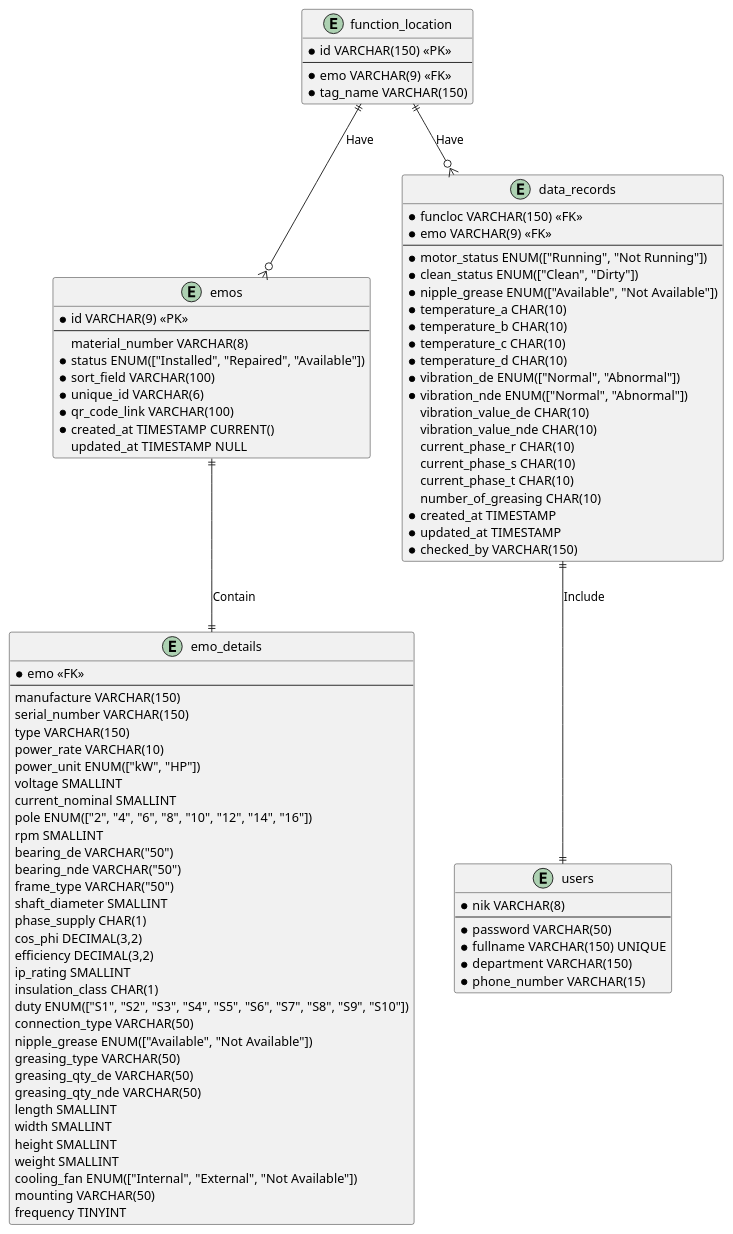
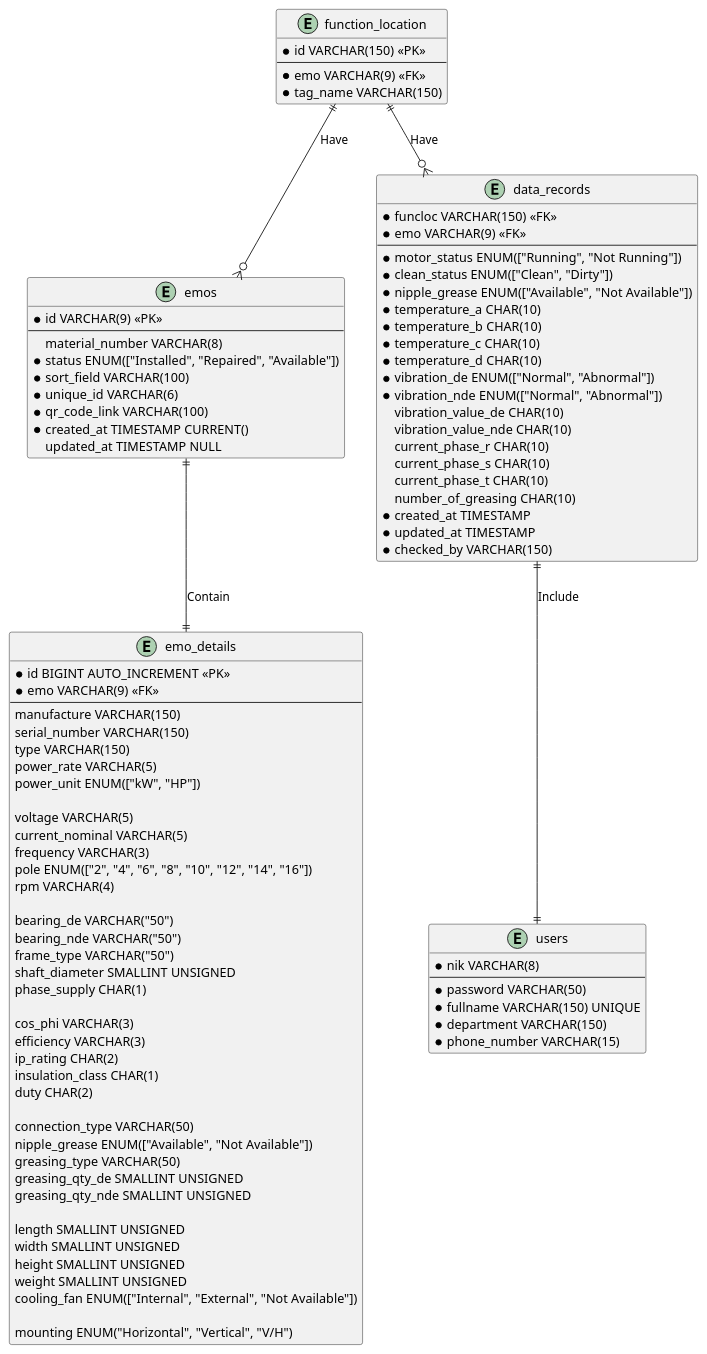
The diagram in database/fajar_e_maintenance.puml (doniduaasattuu/fajar-e-maintenance), drawn with PlantUML before and after one commit. The commit also changed 9 other files, not shown here.

```diff
--- a/database/fajar_e_maintenance.puml
+++ b/database/fajar_e_maintenance.puml
@@ -1,99 +1,106 @@
 @startuml fajar_e_maintenance
 
 entity function_location
 {
     * id VARCHAR(150) <<PK>>
     --
     * emo VARCHAR(9) <<FK>>
     * tag_name VARCHAR(150)
 }
 
 entity emos
 {
     * id VARCHAR(9) <<PK>>
     --
       material_number VARCHAR(8)
     * status ENUM(["Installed", "Repaired", "Available"])
     * sort_field VARCHAR(100)
     * unique_id VARCHAR(6)
     * qr_code_link VARCHAR(100) 
     * created_at TIMESTAMP CURRENT()
       updated_at TIMESTAMP NULL
 }
 
 entity emo_details {
-    * emo <<FK>>
+    * id BIGINT AUTO_INCREMENT <<PK>>
+    * emo VARCHAR(9) <<FK>>
     --
     manufacture VARCHAR(150)
     serial_number VARCHAR(150)
     type VARCHAR(150)
-    power_rate VARCHAR(10)
+    power_rate VARCHAR(5)
     power_unit ENUM(["kW", "HP"])
-    voltage SMALLINT
-    current_nominal SMALLINT
+
+    voltage VARCHAR(5)
+    current_nominal VARCHAR(5)
+    frequency VARCHAR(3)
     pole ENUM(["2", "4", "6", "8", "10", "12", "14", "16"])
-    rpm SMALLINT
+    rpm VARCHAR(4)
+
     bearing_de VARCHAR("50")
     bearing_nde VARCHAR("50")
     frame_type VARCHAR("50")
-    shaft_diameter SMALLINT
+    shaft_diameter SMALLINT UNSIGNED
     phase_supply CHAR(1)
-    cos_phi DECIMAL(3,2)
-    efficiency DECIMAL(3,2)
-    ip_rating SMALLINT
+
+    cos_phi VARCHAR(3)
+    efficiency VARCHAR(3)
+    ip_rating CHAR(2)
     insulation_class CHAR(1)
-    duty ENUM(["S1", "S2", "S3", "S4", "S5", "S6", "S7", "S8", "S9", "S10"])
+    duty CHAR(2)
+
     connection_type VARCHAR(50)
     nipple_grease ENUM(["Available", "Not Available"])
     greasing_type VARCHAR(50)
-    greasing_qty_de VARCHAR(50)
-    greasing_qty_nde VARCHAR(50)
-    length SMALLINT
-    width SMALLINT
-    height SMALLINT
-    weight SMALLINT
+    greasing_qty_de SMALLINT UNSIGNED
+    greasing_qty_nde SMALLINT UNSIGNED
+
+    length SMALLINT UNSIGNED
+    width SMALLINT UNSIGNED
+    height SMALLINT UNSIGNED
+    weight SMALLINT UNSIGNED
     cooling_fan ENUM(["Internal", "External", "Not Available"])
-    mounting VARCHAR(50)
-    frequency TINYINT
+
+    mounting ENUM("Horizontal", "Vertical", "V/H")
 }
 
 entity data_records {
     * funcloc VARCHAR(150) <<FK>>
     * emo VARCHAR(9) <<FK>>
     --
     * motor_status ENUM(["Running", "Not Running"])
     * clean_status ENUM(["Clean", "Dirty"])
     * nipple_grease ENUM(["Available", "Not Available"])
     * temperature_a CHAR(10)
     * temperature_b CHAR(10)
     * temperature_c CHAR(10)
     * temperature_d CHAR(10)
     * vibration_de ENUM(["Normal", "Abnormal"])
     * vibration_nde ENUM(["Normal", "Abnormal"])
       vibration_value_de CHAR(10)
       vibration_value_nde CHAR(10)
       current_phase_r CHAR(10)
       current_phase_s CHAR(10)
       current_phase_t CHAR(10)
       number_of_greasing CHAR(10)
     * created_at TIMESTAMP
     * updated_at TIMESTAMP
     * checked_by VARCHAR(150)
 }
 
 entity users {
     * nik VARCHAR(8)
     --
     * password VARCHAR(50)
     * fullname VARCHAR(150) UNIQUE
     * department VARCHAR(150)
     * phone_number VARCHAR(15)
 }
  
 function_location ||--o{ emos : Have
 function_location ||--o{ data_records : Have
 emos ||--|| emo_details : Contain
 data_records ||--|| users : Include
 
 
 @enduml
```
